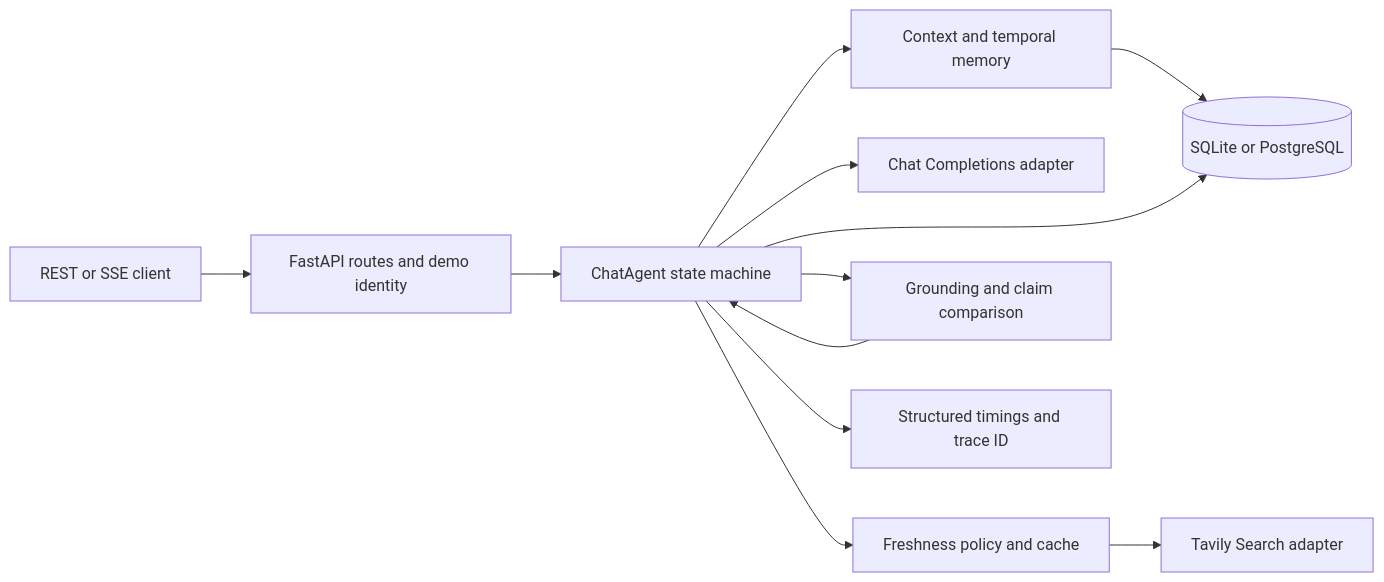
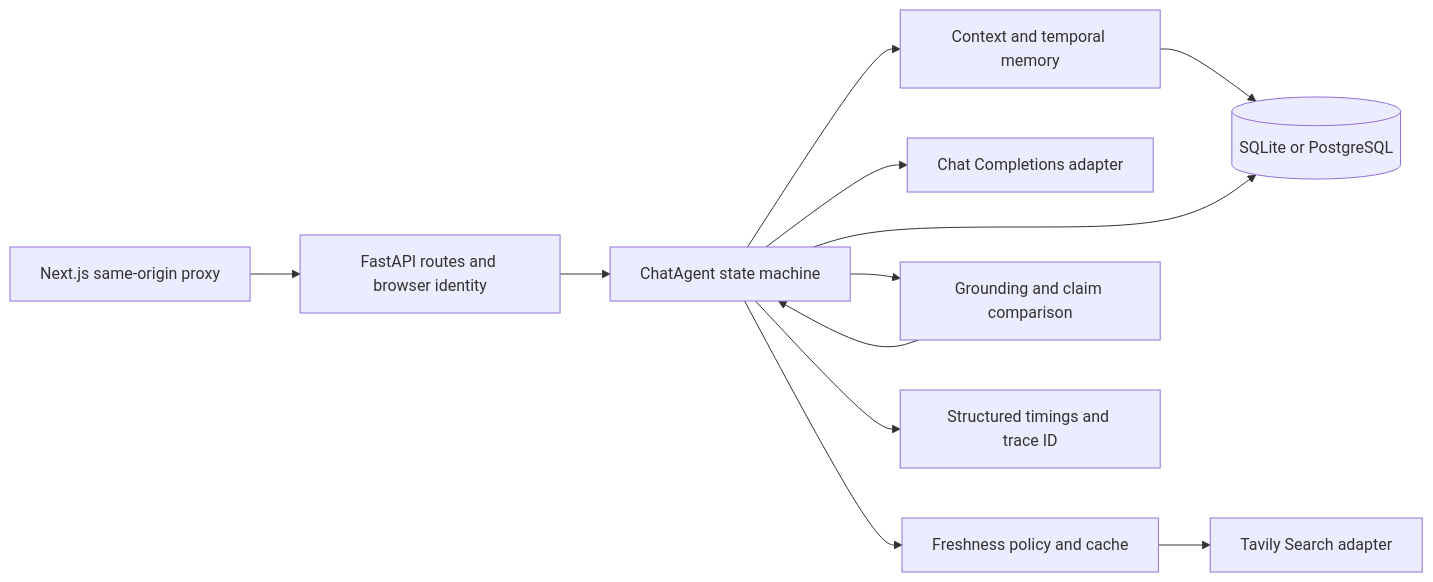
Before and after one commit to tanujkapoor-cmd/echo-time-aware-agent: the first of 2 diagrams in design.md, drawn with Mermaid. The commit also changed other lines of this file and 3 other files, not shown here.

Commit message:
docs(readme): describe Echo architecture and release verification

```diff
--- a/design.md
+++ b/design.md
@@ -9,14 +9,14 @@
 ~~~mermaid
 flowchart LR
-  C[REST or SSE client] --> A[FastAPI routes and demo identity]
+  C[Next.js same-origin proxy] --> A[FastAPI routes and browser identity]
   A --> O[ChatAgent state machine]
   O --> M[Context and temporal memory]
   M --> D[(SQLite or PostgreSQL)]
   O --> L[Chat Completions adapter]
   O --> F[Freshness policy and cache]
   F --> T[Tavily Search adapter]
   O --> G[Grounding and claim comparison]
   G --> O
   O --> D
   O --> P[Structured timings and trace ID]
 ~~~
```
